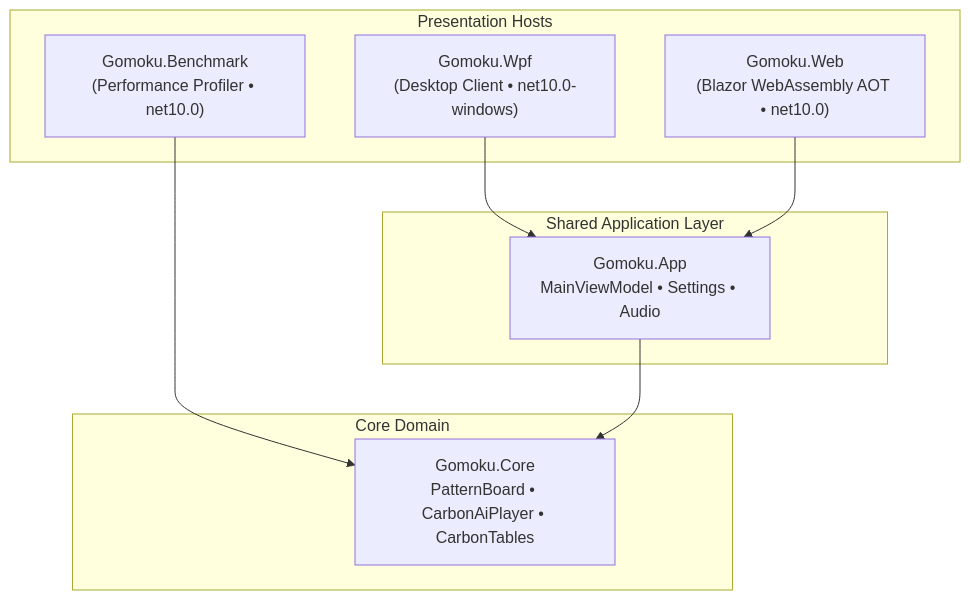
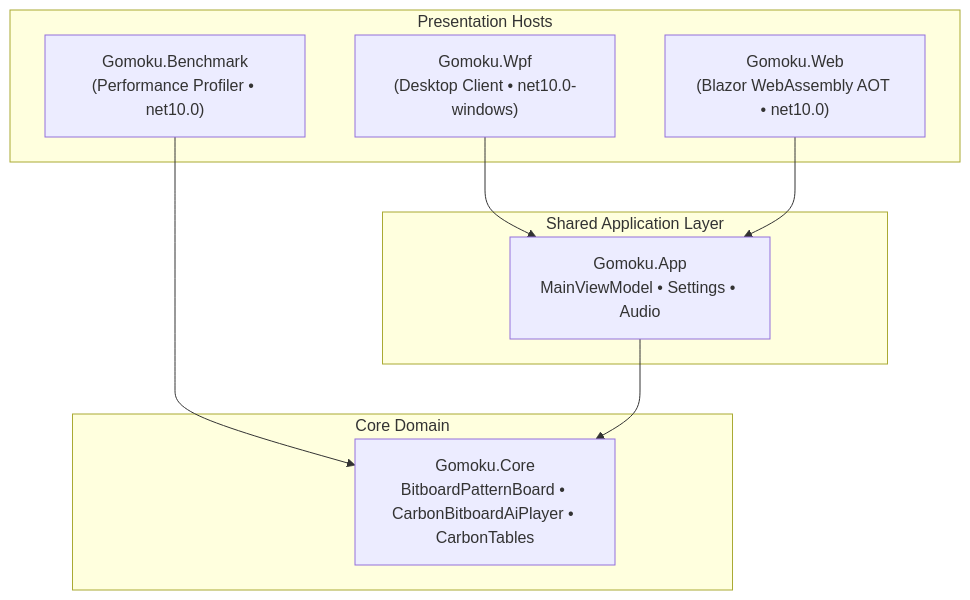
The second of 2 diagrams in docs/brain/README.md (cjp-dev/Gomoku), drawn with Mermaid before and after one commit. The commit also changed other lines of this file and 29 other files, not shown here.

````diff
--- a/docs/brain/README.md
+++ b/docs/brain/README.md
@@ -49,21 +49,21 @@
 ```mermaid
 graph TD
     subgraph Presentation Hosts
         WPF["Gomoku.Wpf<br/>(Desktop Client • net10.0-windows)"]
         WEB["Gomoku.Web<br/>(Blazor WebAssembly AOT • net10.0)"]
         CLI["Gomoku.Benchmark<br/>(Performance Profiler • net10.0)"]
     end
 
     subgraph Shared Application Layer
         APP["Gomoku.App<br/>MainViewModel • Settings • Audio"]
     end
 
     subgraph Core Domain
-        CORE["Gomoku.Core<br/>PatternBoard • CarbonAiPlayer • CarbonTables"]
+        CORE["Gomoku.Core<br/>BitboardPatternBoard • CarbonBitboardAiPlayer • CarbonTables"]
     end
 
     WPF --> APP
     WEB --> APP
     CLI --> CORE
     APP --> CORE
 ```
````
